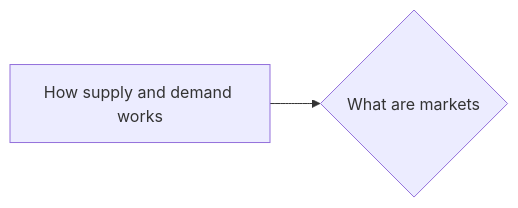
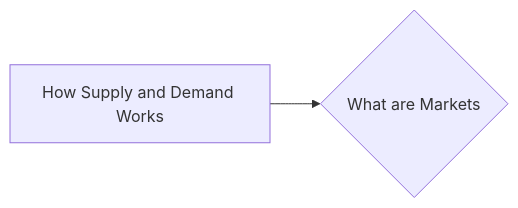
Before and after one commit to lpurdy01/crypto-knowledge-map: the diagram in notes/What_are_Markets.md, drawn with Mermaid. The commit also changed 50 other files, not shown here.

````diff
--- a/notes/What_are_Markets.md
+++ b/notes/What_are_Markets.md
@@ -8,4 +8,4 @@
 ```mermaid
 graph LR
-1["How supply and demand works"]-->0{"What are markets"}
+1["How Supply and Demand Works"]-->0{"What are Markets"}
 ```
````
